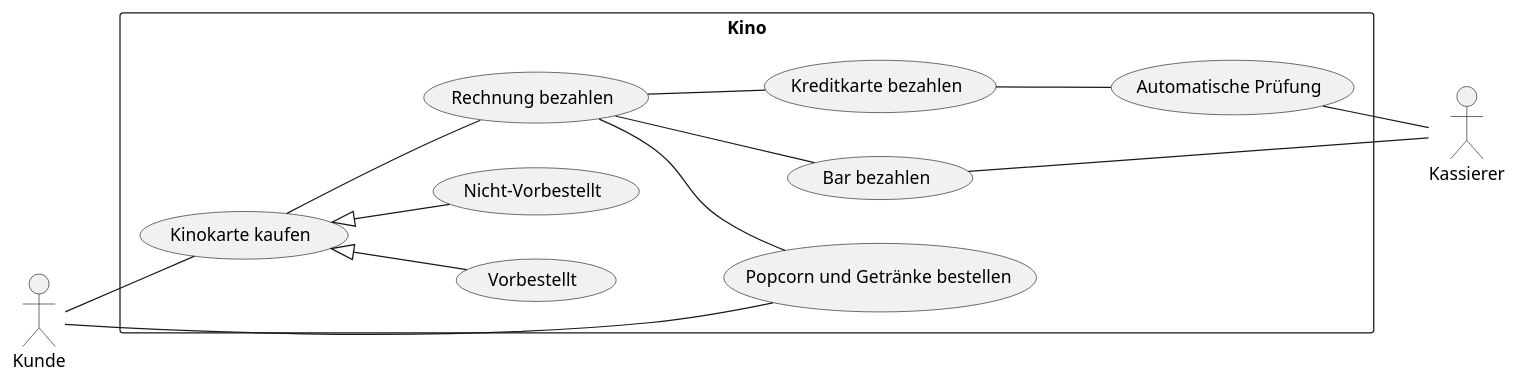
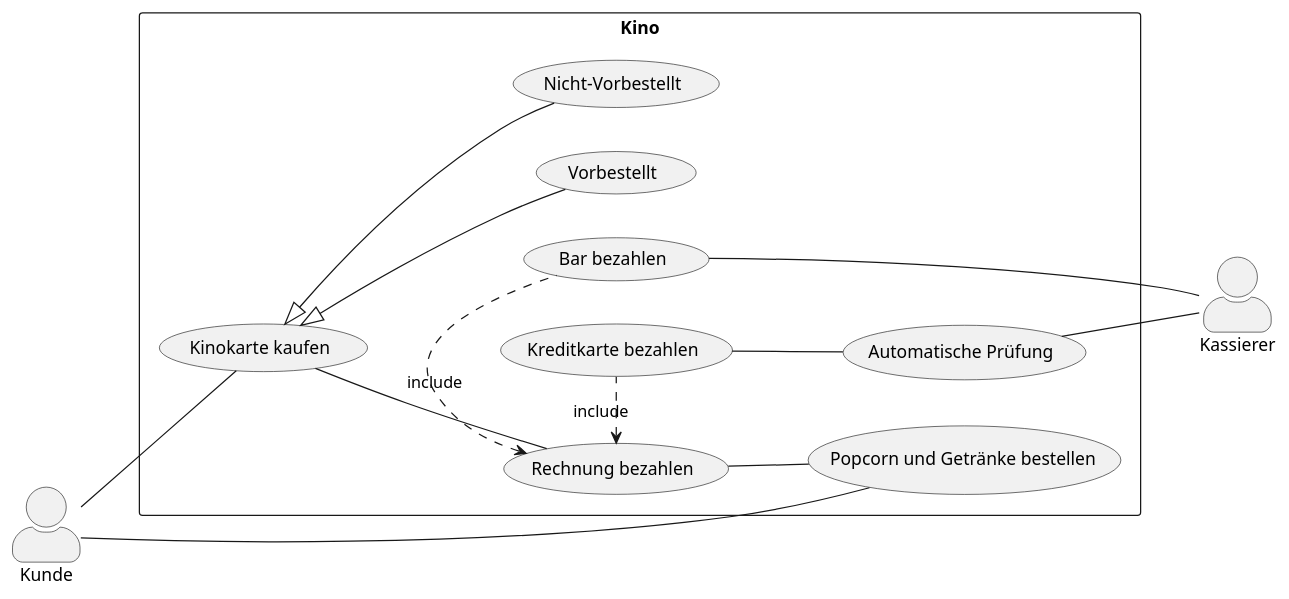
Before and after one commit to sargoschh/FSE_Landerer_OO-Analyse: the diagram in USE-CaseKino.puml, drawn with PlantUML. The commit also changed 2 other files, not shown here.

```diff
--- a/USE-CaseKino.puml
+++ b/USE-CaseKino.puml
@@ -1,21 +1,22 @@
 @startuml USE-CaseKino
+skinparam actorStyle awesome
 left to right direction
 
 actor Kunde
 actor Kassierer
 
 rectangle Kino {
   Kunde -- (Kinokarte kaufen)
+  Kunde -- (Popcorn und Getränke bestellen)
   (Kinokarte kaufen) <|-- (Vorbestellt)
   (Kinokarte kaufen) <|-- (Nicht-Vorbestellt)
   (Kinokarte kaufen) -- (Rechnung bezahlen)
-  Kunde -- (Popcorn und Getränke bestellen)
   (Rechnung bezahlen) -- (Popcorn und Getränke bestellen) 
-  (Rechnung bezahlen) -- (Kreditkarte bezahlen) 
-  (Rechnung bezahlen) -- (Bar bezahlen)
+  (Rechnung bezahlen) <. (Kreditkarte bezahlen) : include
+  (Rechnung bezahlen) <. (Bar bezahlen) : include
   (Kreditkarte bezahlen) -- (Automatische Prüfung)
   (Bar bezahlen) -- Kassierer
   (Automatische Prüfung) -- Kassierer
 }
 
 @enduml
```
